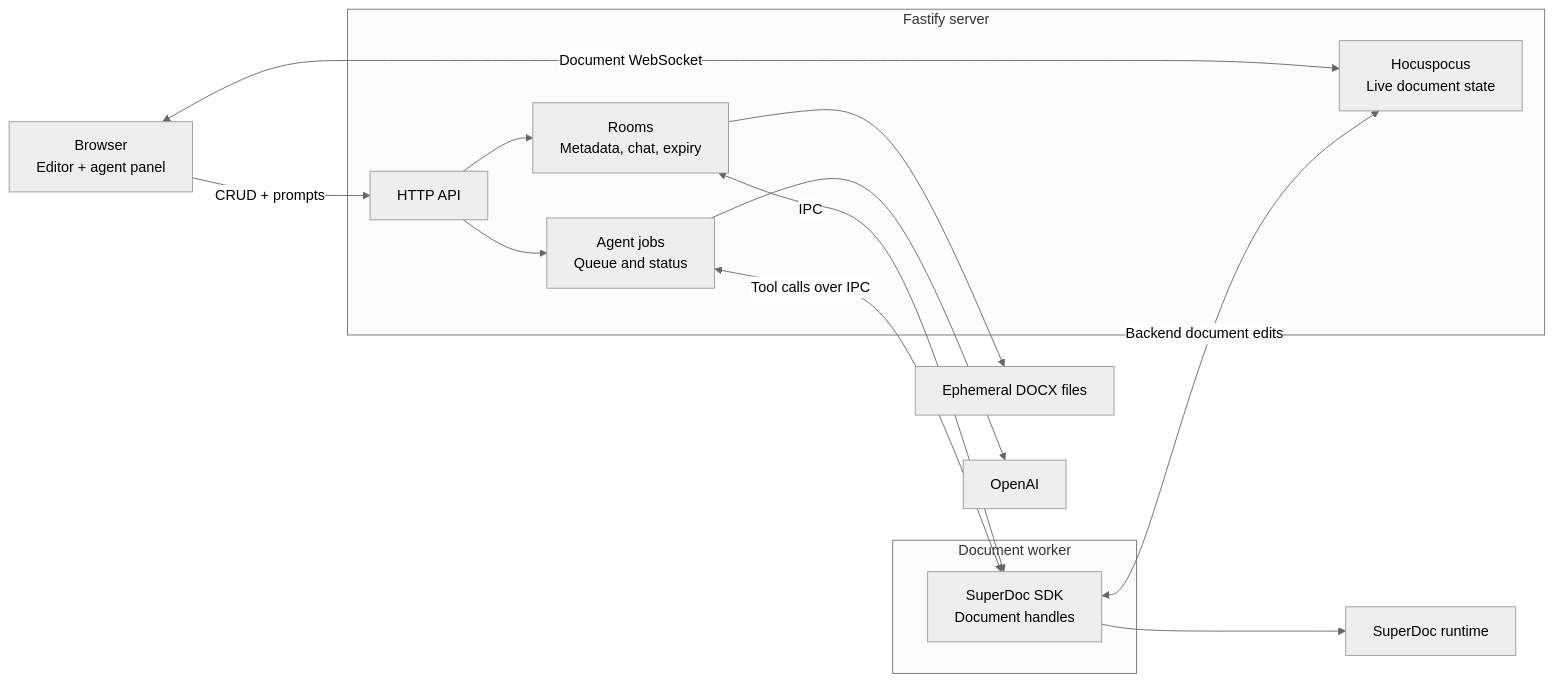
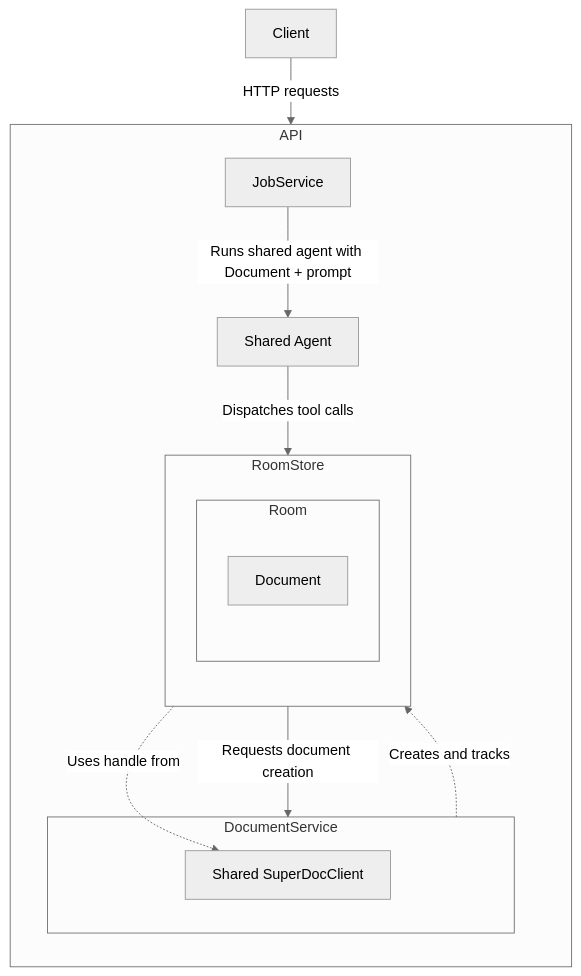
The diagram in canonical-collaboration-demo/README.md (superdoc/demos), drawn with Mermaid (neutral theme) before and after one commit. The commit also changed other lines of this file and 20 other files, not shown here.

````diff
--- a/canonical-collaboration-demo/README.md
+++ b/canonical-collaboration-demo/README.md
@@ -5,33 +7,35 @@
 ```mermaid
-flowchart LR
-    Browser["Browser<br/>Editor + agent panel"]
+flowchart TB
+    Client["Client"]
 
-    subgraph Server["Fastify server"]
-        API["HTTP API"]
-        Rooms["Rooms<br/>Metadata, chat, expiry"]
-        Jobs["Agent jobs<br/>Queue and status"]
-        Collab["Hocuspocus<br/>Live document state"]
+    subgraph Fastify["API"]
+        direction TB
+
+        Agent["Shared Agent"]
+
+        JobService["JobService"]
+
+        subgraph DocumentService["DocumentService"]
+            SDK["Shared SuperDocClient"]
+        end
+
+        subgraph RoomStore["RoomStore"]
+            direction TB
+
+            subgraph Room["Room"]
+                direction TB
+                Document["Document"]
+            end
+        end
     end
 
-    subgraph Worker["Document worker"]
-        SDK["SuperDoc SDK<br/>Document handles"]
-    end
+    Client -->|"HTTP requests"| Fastify
 
-    Files["Ephemeral DOCX files"]
-    Model["OpenAI"]
-    Runtime["SuperDoc runtime"]
+    JobService -->|"Runs shared agent with Document + prompt"| Agent
+    Agent -->|"Dispatches tool calls"| Document
 
-    Browser -->|"CRUD + prompts"| API
-    Browser <-->|"Document WebSocket"| Collab
+    RoomStore -->|"Requests document creation"| DocumentService
 
-    API --> Rooms
-    API --> Jobs
-    Rooms --> Files
-    Jobs --> Model
-
-    Rooms <-->|"IPC"| SDK
-    Jobs <-->|"Tool calls over IPC"| SDK
-
-    SDK <-->|"Backend document edits"| Collab
-    SDK --> Runtime
+    DocumentService -.->|"Creates and tracks"| Document
+    Document -.->|"Uses handle from"| SDK
 ```
````
